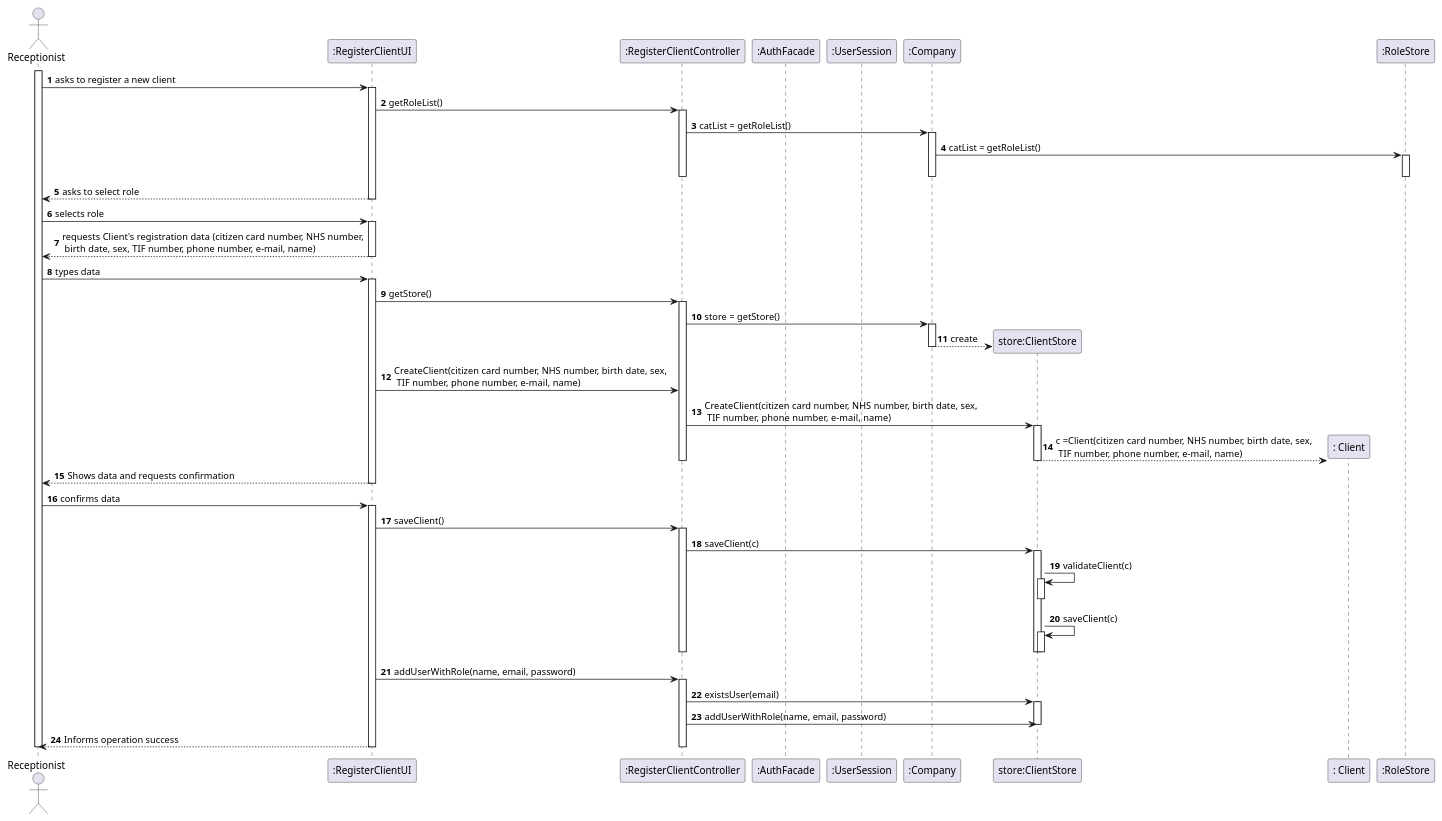
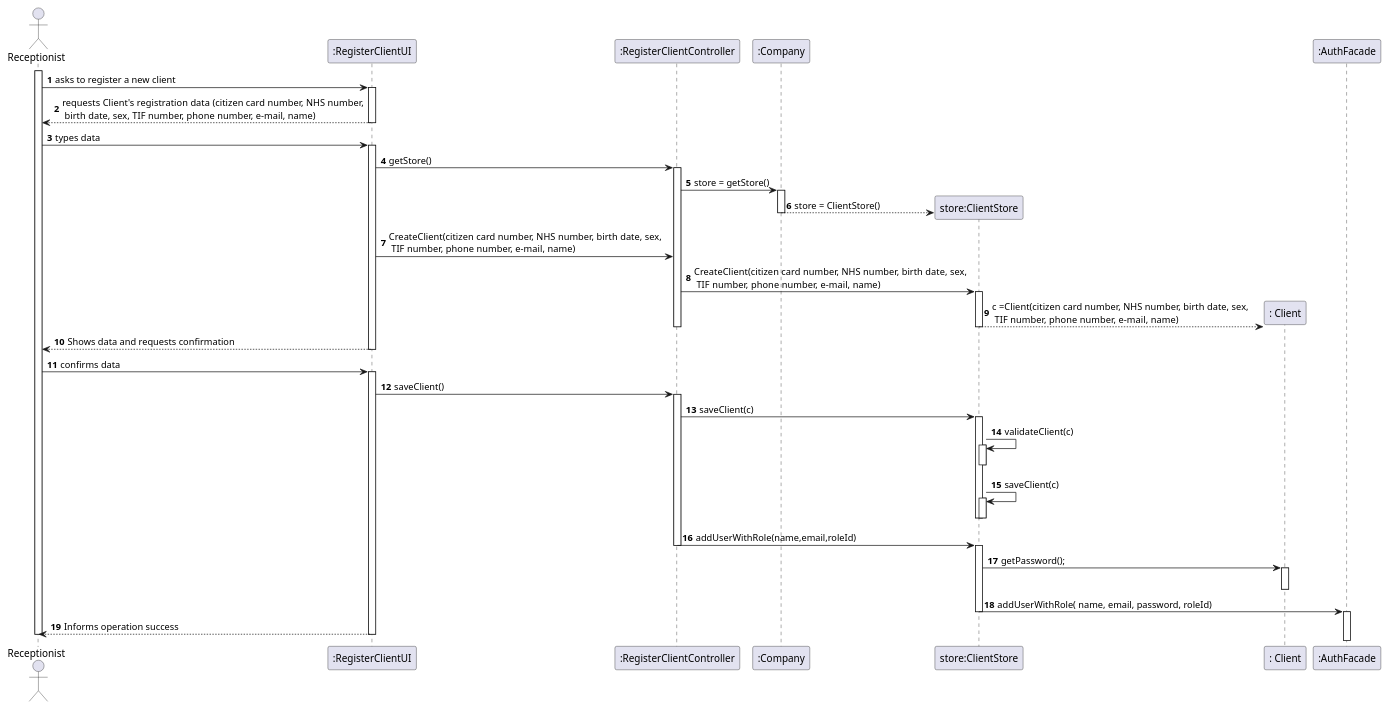
Before and after one commit to MarianaCLages/LAPR2: the diagram in docs/SprintB/US03/US3_SD.puml, drawn with PlantUML. The commit also changed 16 other files, not shown here.

```diff
--- a/docs/SprintB/US03/US3_SD.puml
+++ b/docs/SprintB/US03/US3_SD.puml
@@ -1,94 +1,73 @@
 @startuml
 autonumber
 
 actor Receptionist as R
 participant ":RegisterClientUI" as UI
 participant ":RegisterClientController" as CTRL
-participant ":AuthFacade" as Auth
-participant ":UserSession" as User
 participant ":Company" as COMPANY
 participant "store:ClientStore" as S
 participant ": Client" as C
-participant ":RoleStore" as RoleStore
+participant ":AuthFacade" as AUTH
 
 activate R
 R -> UI: asks to register a new client
 activate UI
-
-
-
-
-
-UI -> CTRL : getRoleList()
-
-activate CTRL
-CTRL -> COMPANY : catList = getRoleList()
-
-activate COMPANY
-
-COMPANY -> RoleStore : catList = getRoleList()
-activate RoleStore
-deactivate RoleStore
-deactivate COMPANY
-deactivate CTRL
-UI --> R: asks to select role
-deactivate UI
-R -> UI: selects role
-
-activate UI
-
-
 
 
 UI --> R: requests Client's registration data (citizen card number, NHS number,\n birth date, sex, TIF number, phone number, e-mail, name)
 
 deactivate UI
 R -> UI: types data
 activate UI
 UI -> CTRL : getStore()
 activate CTRL
 CTRL -> COMPANY: store = getStore()
 activate COMPANY
-COMPANY --> S**: create
+COMPANY --> S**: store = ClientStore()
 deactivate COMPANY
 CTRL <- UI: CreateClient(citizen card number, NHS number, birth date, sex,\n TIF number, phone number, e-mail, name)
 CTRL -> S:CreateClient(citizen card number, NHS number, birth date, sex,\n TIF number, phone number, e-mail, name)
 activate S
 S --> C**: c =Client(citizen card number, NHS number, birth date, sex,\n TIF number, phone number, e-mail, name)
 
 deactivate S
 
 
 deactivate CTRL
 
 R <-- UI: Shows data and requests confirmation
 deactivate UI
 R -> UI: confirms data
 activate UI
 UI-> CTRL : saveClient()
 activate CTRL
 CTRL -> S: saveClient(c)
 activate S
 S -> S : validateClient(c)
 activate S
 deactivate S
 S -> S : saveClient(c)
 activate S
 deactivate S
 deactivate S
+
+CTRL -> S : addUserWithRole(name,email,roleId)
 deactivate CTRL
 
-UI -> CTRL : addUserWithRole(name, email, password)
-activate CTRL
+activate S
+S -> C : getPassword();
+activate C
+deactivate C
 
-CTRL -> S: existsUser(email)
-activate S
-CTRL -> S: addUserWithRole(name, email, password)
+S -> AUTH :addUserWithRole( name, email, password, roleId)
 deactivate S
 
+activate AUTH
+deactivate AUTH
+
+
 UI --> R : Informs operation success
-deactivate CTRL
 deactivate UI
 deactivate R
 
 @enduml
```
